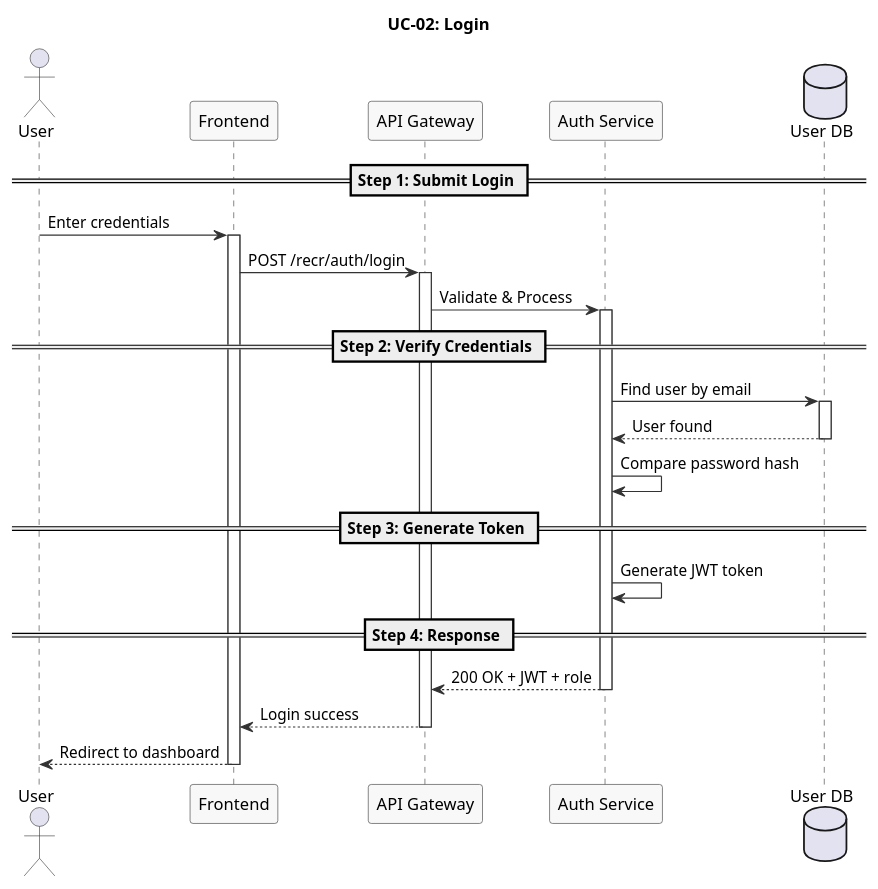
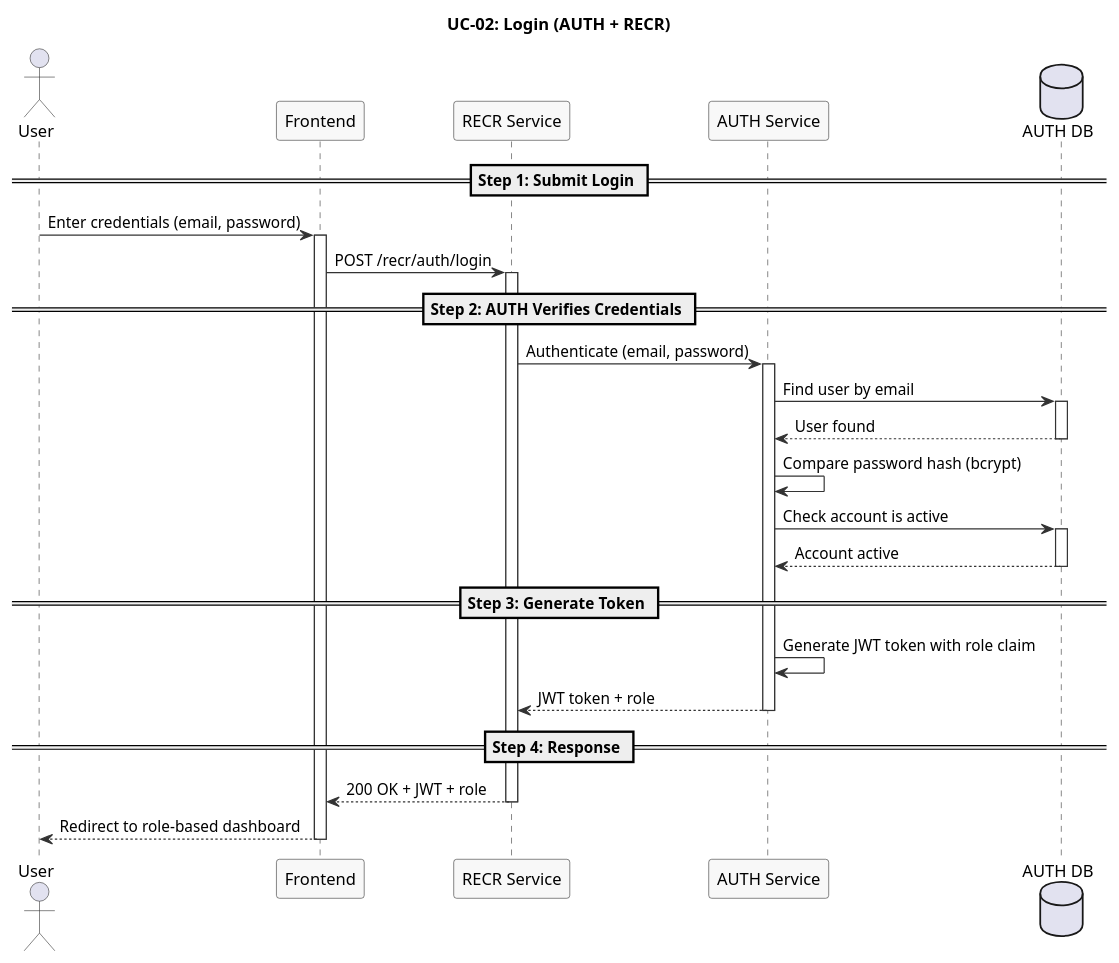
One commit to namnh240795/document changed the diagram in modules/recr/diagrams/sequence/uc02-login-sequence.puml. Above: the diagram before and after it, drawn with PlantUML. The commit also changed 6 other files, not shown here.

First line of the commit message:
Move role to AUTH module, update UC-01 and UC-02

```diff
--- a/modules/recr/diagrams/sequence/uc02-login-sequence.puml
+++ b/modules/recr/diagrams/sequence/uc02-login-sequence.puml
@@ -1,54 +1,61 @@
 @startuml
 ' UC-02: Login - Sequence Diagram
+' AUTH handles: credential verification, JWT generation
+' RECR handles: role-based redirect
 skinparam sequence {
   ArrowColor #333333
   ActorBorderColor #333333
   LifeLineBorderColor #333333
   ParticipantBackgroundColor #F8F8F8
   ParticipantBorderColor #333333
 }
 
-title UC-02: Login
+title UC-02: Login (AUTH + RECR)
 
 actor "User" as User
 participant "Frontend" as FE
-participant "API Gateway" as GW
-participant "Auth Service" as Auth
-database "User DB" as DB
+participant "RECR Service" as RECR
+participant "AUTH Service" as AUTH
+database "AUTH DB" as ADB
 
 == Step 1: Submit Login ==
 
-User -> FE : Enter credentials
+User -> FE : Enter credentials (email, password)
 activate FE
 
-FE -> GW : POST /recr/auth/login
-activate GW
+FE -> RECR : POST /recr/auth/login
+activate RECR
 
-GW -> Auth : Validate & Process
-activate Auth
+== Step 2: AUTH Verifies Credentials ==
 
-== Step 2: Verify Credentials ==
+RECR -> AUTH : Authenticate (email, password)
+activate AUTH
 
-Auth -> DB : Find user by email
-activate DB
-DB --> Auth : User found
-deactivate DB
+AUTH -> ADB : Find user by email
+activate ADB
+ADB --> AUTH : User found
+deactivate ADB
 
-Auth -> Auth : Compare password hash
+AUTH -> AUTH : Compare password hash (bcrypt)
+
+AUTH -> ADB : Check account is active
+activate ADB
+ADB --> AUTH : Account active
+deactivate ADB
 
 == Step 3: Generate Token ==
 
-Auth -> Auth : Generate JWT token
+AUTH -> AUTH : Generate JWT token with role claim
+
+AUTH --> RECR : JWT token + role
+deactivate AUTH
 
 == Step 4: Response ==
 
-Auth --> GW : 200 OK + JWT + role
-deactivate Auth
+RECR --> FE : 200 OK + JWT + role
+deactivate RECR
 
-GW --> FE : Login success
-deactivate GW
-
-FE --> User : Redirect to dashboard
+FE --> User : Redirect to role-based dashboard
 deactivate FE
 
 @enduml
```
